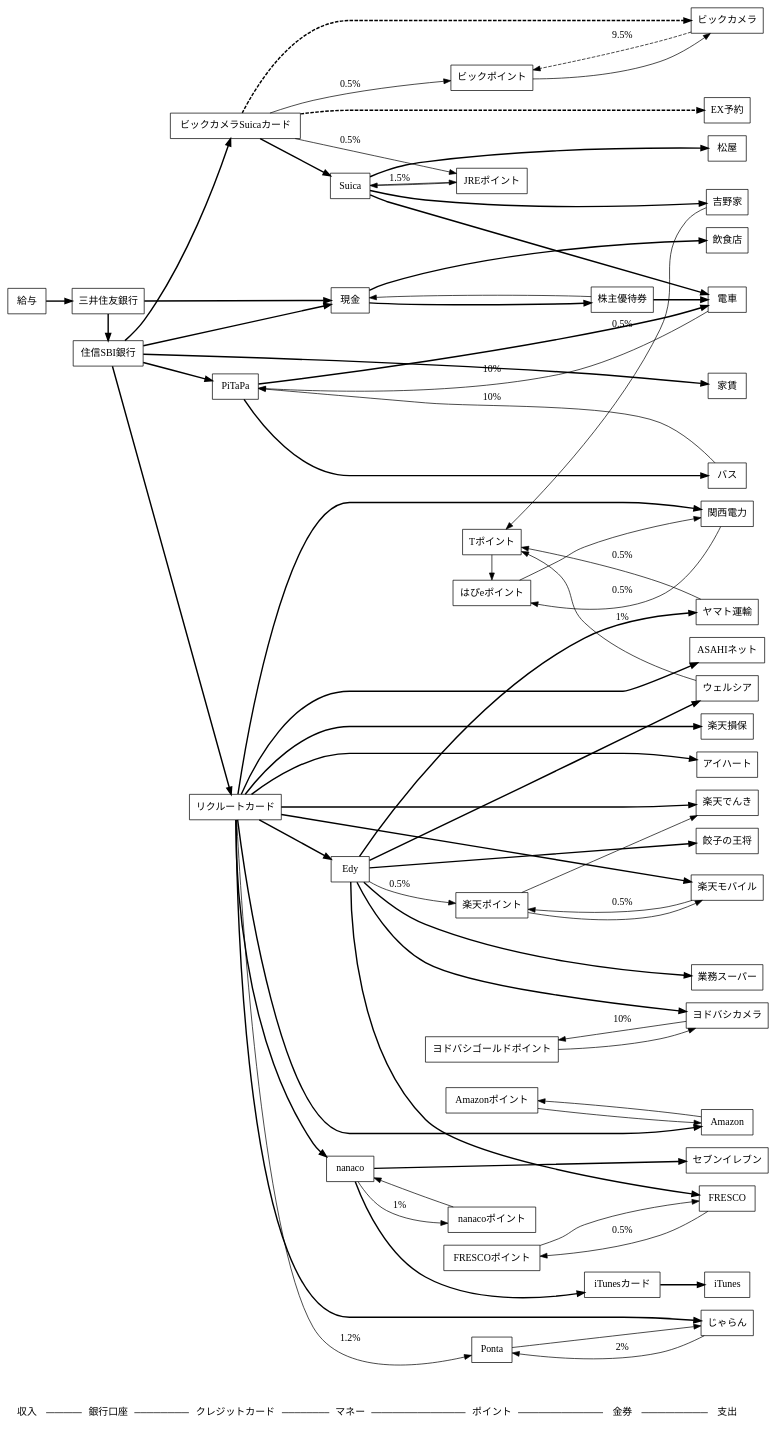
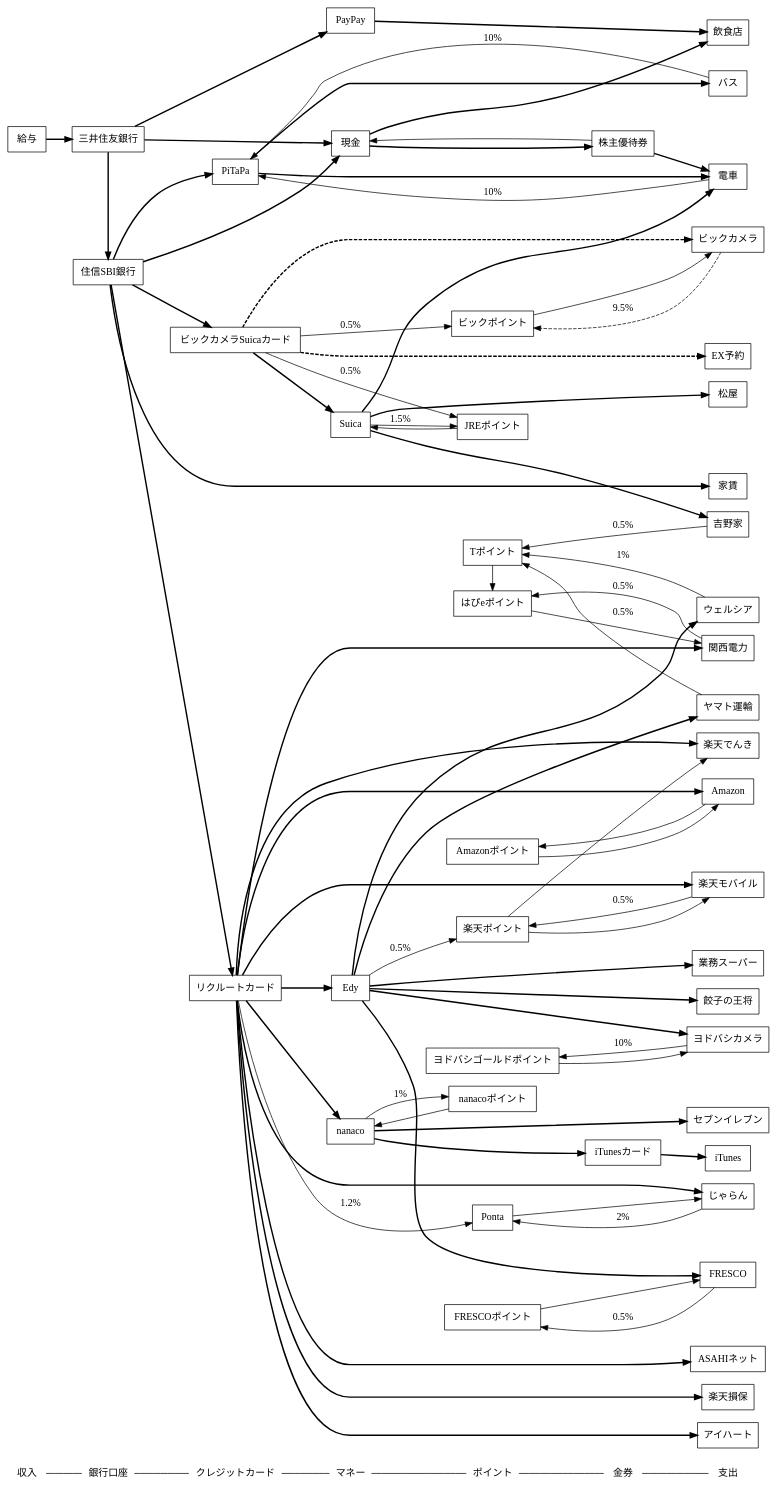
The diagram in moneyflow.dot (saireya/moneyflow), drawn with Graphviz before and after one commit. The commit also changed 1 other file, not shown here.

Commit message:
Added PayPay

```diff
--- a/moneyflow.dot
+++ b/moneyflow.dot
@@ -1,165 +1,168 @@
 // dot -Tsvg moneyflow.dot -o moneyflow.svg
 // edge: bold: 支出, solid: 還元(label:還元率), dashed: Obsolete
 digraph "MoneyFlow"
 {
 	graph [ rankdir = LR ];
 	node [ shape = box ];
 
 	"収入", "銀行口座", "クレジットカード", "マネー", "ポイント", "金券", "支出" [shape = none];
 	"収入" -> "銀行口座" -> "クレジットカード" -> "マネー" -> "ポイント" -> "金券" -> "支出" [arrowhead = none];
 	{
 		rank = same; "収入";
 		給与;
 	}
 
 	{
 		rank = same; "銀行口座";
 		三井住友銀行;
 		住信SBI銀行;
 	}
 
 	{
 		rank = same; "クレジットカード";
 		ビックカメラSuicaカード;
 		リクルートカード;
 		PiTaPa;
 	}
 
 	{
 		rank = same; "マネー";
 		Suica;
 		現金;
 		nanaco;
 		Edy;
+		PayPay;
 	}
 
 	{
 		rank = same; "ポイント";
 		// 共通ポイント
 		Ponta;
 		Tポイント;
 		楽天ポイント;
 		// クレジットカード関係
 		JREポイント;
 		// 独自ポイント
 		ビックポイント;
 		Amazonポイント;
 		nanacoポイント;
 		FRESCOポイント;
 		ヨドバシゴールドポイント;
 		はぴeポイント;
 	}
 
 	{
 		rank = same; "金券";
 		株主優待券;
 		iTunesカード;
 	}
 
 	{
 		rank = same; "支出";
 		家賃;
 		// コンビニ
 		セブンイレブン;
 		// 交通
 		電車;
 		バス;
 		// インフラ
 		ASAHIネット;
 		楽天モバイル;
 		楽天でんき;
 		関西電力;
 		ヤマト運輸;
 		楽天損保;
 		// 店舗
 		アイハート;
 		ウェルシア;
 		ビックカメラ;
 		ヨドバシカメラ;
 		餃子の王将;
 		飲食店;
 		FRESCO;
 		業務スーパー;
 		松屋;
 		吉野家;
 		// ネット
 		Amazon;
 		iTunes;
 		EX予約;
 		じゃらん;
 	}
 
 	// SMBC
 	給与 -> 三井住友銀行 [style="bold", weight=100];
 	三井住友銀行 -> 現金, 住信SBI銀行 [style="bold", weight=100];
+	三井住友銀行 -> PayPay [style="bold", weight=100];
+	PayPay -> 飲食店 [style="bold", weight=100];
 
 	// ビックカメラSuicaカード
 	ビックカメラSuicaカード -> JREポイント [label="0.5%"];
 	ビックカメラSuicaカード -> ビックカメラ [style="bold,dashed", weight=100];
 	ビックカメラ -> ビックポイント [style="dashed", label="9.5%"];
 	ビックカメラSuicaカード -> ビックポイント [label="0.5%"]
 	ビックポイント -> ビックカメラ;
 	ビックカメラSuicaカード -> Suica -> 電車 [style="bold", weight=100];
 	Suica -> 松屋 [style="bold", weight=100];
 	Suica -> 吉野家 [style="bold", weight=100];
 	吉野家 -> Tポイント [label="0.5%"];
 	ビックカメラSuicaカード -> EX予約 [style="bold,dashed", weight=100];
 	Suica -> JREポイント [label="1.5%"];
 	JREポイント -> Suica;
 
 	// 住信SBI
 	住信SBI銀行 -> 現金 [style="bold", weight=100];
 	住信SBI銀行 -> 家賃 [style="bold", weight=100];
 	住信SBI銀行 -> ビックカメラSuicaカード, リクルートカード, PiTaPa [style="bold", weight=100];
 
 	// リクルートカード
 	リクルートカード -> ASAHIネット [style="bold", weight=100];
 	リクルートカード -> Amazon [style="bold", weight=100];
 	リクルートカード -> じゃらん [style="bold", weight=100];
 	リクルートカード -> アイハート [style="bold", weight=100];
 	リクルートカード -> 関西電力 [style="bold", weight=100];
 	関西電力 -> はぴeポイント [label="0.5%"];
 	はぴeポイント -> 関西電力;
 	リクルートカード -> 楽天でんき [style="bold", weight=100];
 	リクルートカード -> 楽天損保 [style="bold", weight=100];
 	リクルートカード -> 楽天モバイル [style="bold", weight=100];
 	楽天モバイル -> 楽天ポイント [label="0.5%"];
 	楽天ポイント -> 楽天モバイル, 楽天でんき;
 	リクルートカード -> Edy [style="bold", weight=100];
 	Edy -> ヤマト運輸 [style="bold", weight=100];
 	ヤマト運輸 -> Tポイント [label="0.5%"];
 	Edy -> ヨドバシカメラ [style="bold", weight=100];
 	ヨドバシカメラ -> ヨドバシゴールドポイント [label="10%"];
 	ヨドバシゴールドポイント -> ヨドバシカメラ;
 	Edy -> ウェルシア [style="bold", weight=100];
 	ウェルシア -> Tポイント [label="1%"];
 	Tポイント -> はぴeポイント;
 	Edy -> 楽天ポイント [label="0.5%"];
 	リクルートカード -> Ponta [label="1.2%"];
 	Ponta -> じゃらん;
 	じゃらん -> Ponta [label="2%"];
 	Amazon -> Amazonポイント -> Amazon;
 	リクルートカード -> nanaco [style="bold", weight=100];
 	nanaco -> セブンイレブン [style="bold", weight=100];
 	nanaco -> nanacoポイント [label="1%"];
 	nanacoポイント -> nanaco;
 	nanaco -> iTunesカード [style="bold", weight=100];
 	iTunesカード -> iTunes [style="bold", weight=100];
 	Edy -> 業務スーパー [style="bold", weight=100];
 	Edy -> FRESCO [style="bold", weight=100];
 	FRESCO -> FRESCOポイント [label="0.5%"];
 	FRESCOポイント -> FRESCO;
 	Edy -> 餃子の王将 [style="bold", weight=100];
 
 	// PiTaPa
 	PiTaPa -> 電車 [style="bold", weight=100];
 	電車 -> PiTaPa [label="10%"];
 	PiTaPa -> バス [style="bold", weight=100];
 	バス -> PiTaPa [label="10%"];
 
 	// 現金
 	現金 -> 飲食店 [style="bold", weight=100];
 	現金 -> 株主優待券 [style="bold", weight=100];
 	株主優待券 -> 電車 [style="bold", weight=100];
 	株主優待券 -> 現金;
 } 
```
